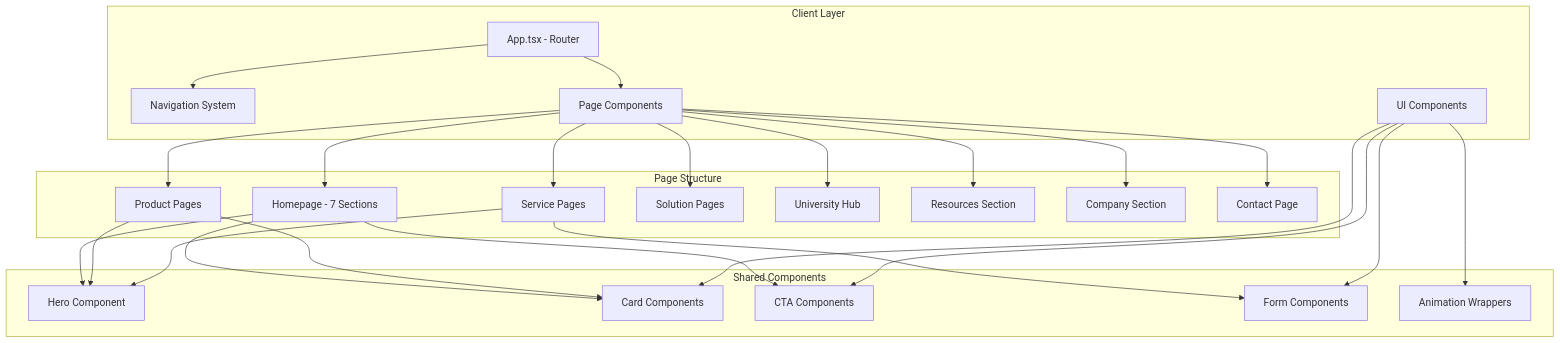
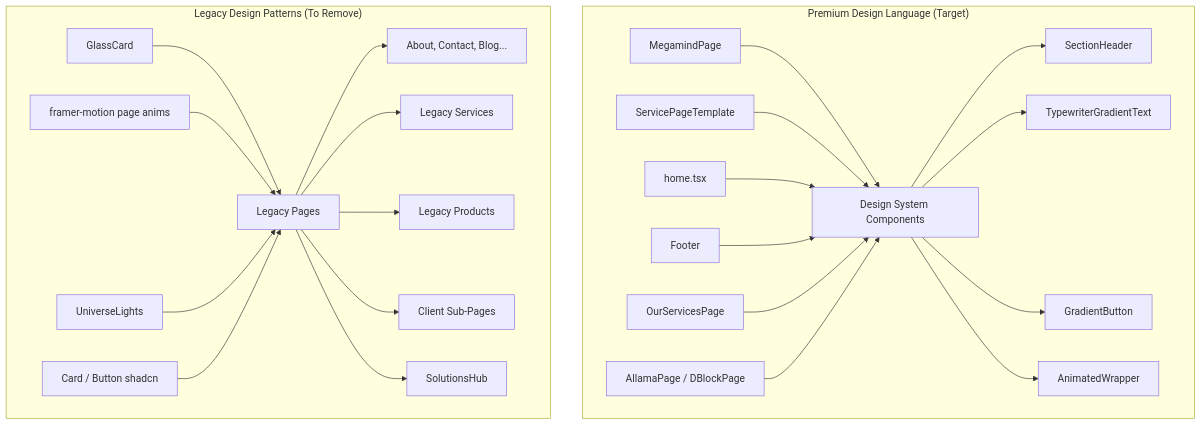
One commit to digitranslab/digi-trans.org changed the first of 2 diagrams in .kiro/specs/digitranslab-website-redesign/design.md. Above: the diagram before and after it, drawn with Mermaid. The commit also changed other lines of this file and 13 other files, not shown here.

````diff
--- a/.kiro/specs/digitranslab-website-redesign/design.md
+++ b/.kiro/specs/digitranslab-website-redesign/design.md
@@ -13,52 +25,27 @@
 ```mermaid
-graph TB
-    subgraph "Client Layer"
-        App[App.tsx - Router]
-        Nav[Navigation System]
-        Pages[Page Components]
-        UI[UI Components]
+graph TD
+    subgraph "Premium Design Language (Target)"
+        A[MegamindPage] --> DS[Design System Components]
+        B[ServicePageTemplate] --> DS
+        C[home.tsx] --> DS
+        D[Footer] --> DS
+        E[OurServicesPage] --> DS
+        F[AllamaPage / DBlockPage] --> DS
+        DS --> S1[SectionHeader]
+        DS --> S2[TypewriterGradientText]
+        DS --> S3[GradientButton]
+        DS --> S4[AnimatedWrapper]
     end
-    
-    subgraph "Page Structure"
-        Home[Homepage - 7 Sections]
-        Products[Product Pages]
-        Services[Service Pages]
-        Solutions[Solution Pages]
-        University[University Hub]
-        Resources[Resources Section]
-        Company[Company Section]
-        Contact[Contact Page]
+
+    subgraph "Legacy Design Patterns (To Remove)"
+        L1[GlassCard] --> LP[Legacy Pages]
+        L2[framer-motion page anims] --> LP
+        L3[UniverseLights] --> LP
+        L4[Card / Button shadcn] --> LP
+        LP --> P1[About, Contact, Blog...]
+        LP --> P2[Legacy Services]
+        LP --> P3[Legacy Products]
+        LP --> P4[Client Sub-Pages]
+        LP --> P5[SolutionsHub]
     end
-    
-    subgraph "Shared Components"
-        Hero[Hero Component]
-        Cards[Card Components]
-        CTAs[CTA Components]
-        Forms[Form Components]
-        Animations[Animation Wrappers]
-    end
-    
-    App --> Nav
-    App --> Pages
-    Pages --> Home
-    Pages --> Products
-    Pages --> Services
-    Pages --> Solutions
-    Pages --> University
-    Pages --> Resources
-    Pages --> Company
-    Pages --> Contact
-    
-    Home --> Hero
-    Home --> Cards
-    Home --> CTAs
-    Products --> Hero
-    Products --> Cards
-    Services --> Hero
-    Services --> Forms
-    
-    UI --> Cards
-    UI --> CTAs
-    UI --> Forms
-    UI --> Animations
 ```
````
